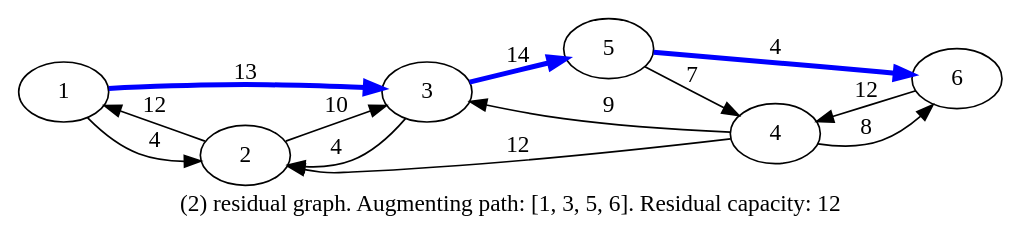
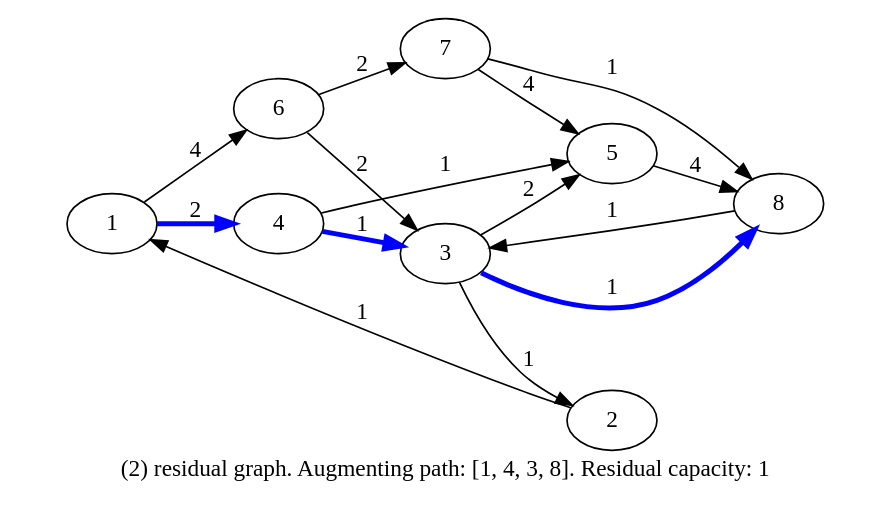
Before and after one commit to maryamass/Graph: the diagram in output_residual2.gv, drawn with Graphviz. The commit also changed 15 other files, not shown here.

Commit message:
function to test a flow added

```diff
--- a/output_residual2.gv
+++ b/output_residual2.gv
@@ -1,16 +1,18 @@
 digraph residualGraph2 {
   rankdir="LR"
-  label="(2) residual graph. Augmenting path: [1, 3, 5, 6]. Residual capacity: 12"
-  1 -> 2 [label="4"];
-  1 -> 3 [label="13", color=blue, penwidth=3];
-  2 -> 1 [label="12"];
-  2 -> 3 [label="10"];
-  3 -> 2 [label="4"];
-  3 -> 5 [label="14", color=blue, penwidth=3];
-  4 -> 2 [label="12"];
-  4 -> 3 [label="9"];
-  4 -> 6 [label="8"];
-  5 -> 4 [label="7"];
-  5 -> 6 [label="4", color=blue, penwidth=3];
-  6 -> 4 [label="12"];
+  label="(2) residual graph. Augmenting path: [1, 4, 3, 8]. Residual capacity: 1"
+  1 -> 4 [label="2", color=blue, penwidth=3];
+  1 -> 6 [label="4"];
+  2 -> 1 [label="1"];
+  3 -> 2 [label="1"];
+  3 -> 5 [label="2"];
+  3 -> 8 [label="1", color=blue, penwidth=3];
+  4 -> 3 [label="1", color=blue, penwidth=3];
+  4 -> 5 [label="1"];
+  5 -> 8 [label="4"];
+  6 -> 3 [label="2"];
+  6 -> 7 [label="2"];
+  7 -> 5 [label="4"];
+  7 -> 8 [label="1"];
+  8 -> 3 [label="1"];
 }
```
